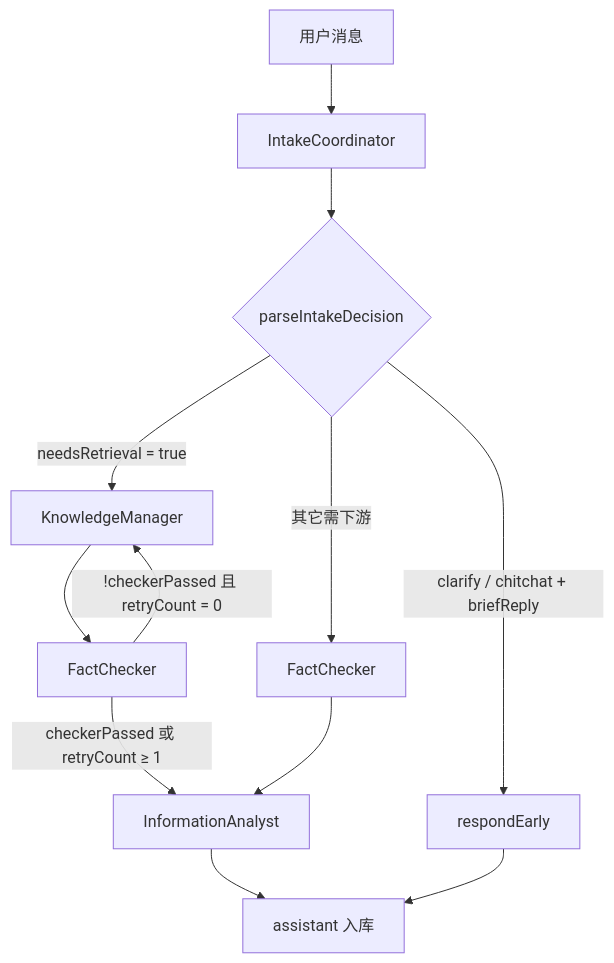
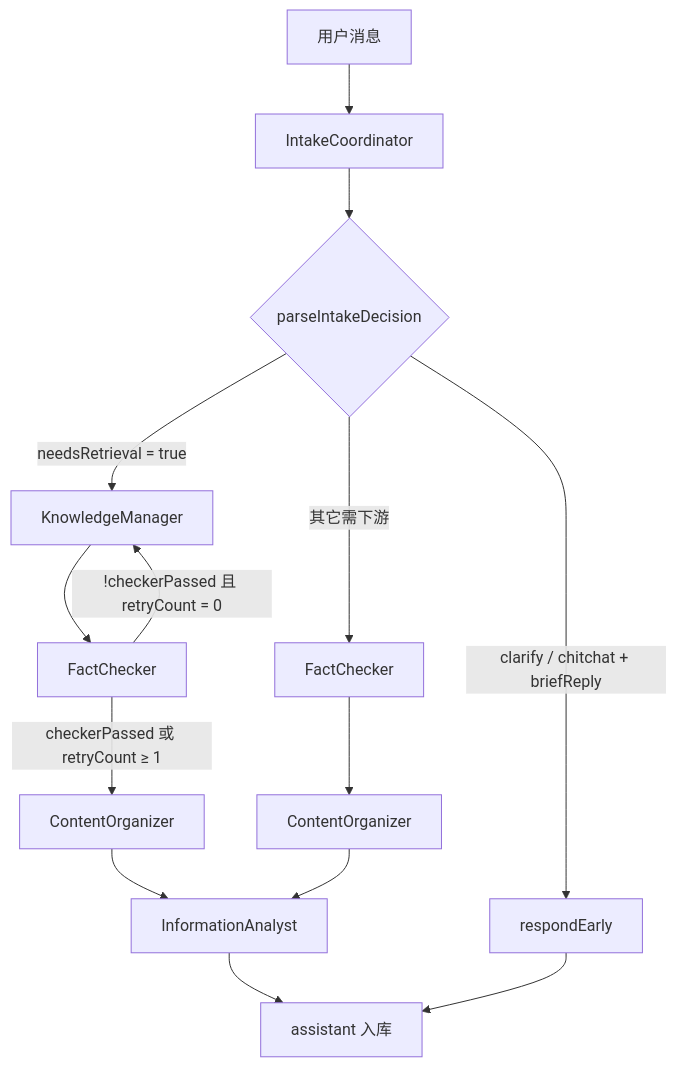
Before and after one commit to panzhanfei/fambrain-agents: the second of 8 diagrams in docs/02-agent-flows.md, drawn with Mermaid. The commit also changed other lines of this file and 4 other files, not shown here.

````diff
--- a/docs/02-agent-flows.md
+++ b/docs/02-agent-flows.md
@@ -53,16 +55,17 @@
 ```mermaid
 flowchart TD
   A[用户消息] --> B[IntakeCoordinator]
   B --> C{parseIntakeDecision}
 
   C -->|clarify / chitchat + briefReply| D[respondEarly]
   C -->|needsRetrieval = true| F[KnowledgeManager]
   C -->|其它需下游| FC0[FactChecker]
 
   F --> FC[FactChecker]
-  FC -->|checkerPassed 或 retryCount ≥ 1| G[InformationAnalyst]
+  FC -->|checkerPassed 或 retryCount ≥ 1| CO[ContentOrganizer]
   FC -->|!checkerPassed 且 retryCount = 0| F
-  FC0 --> G
+  CO --> G[InformationAnalyst]
+  FC0 --> CO0[ContentOrganizer] --> G
   G --> H[assistant 入库]
   D --> H
 ```
````
